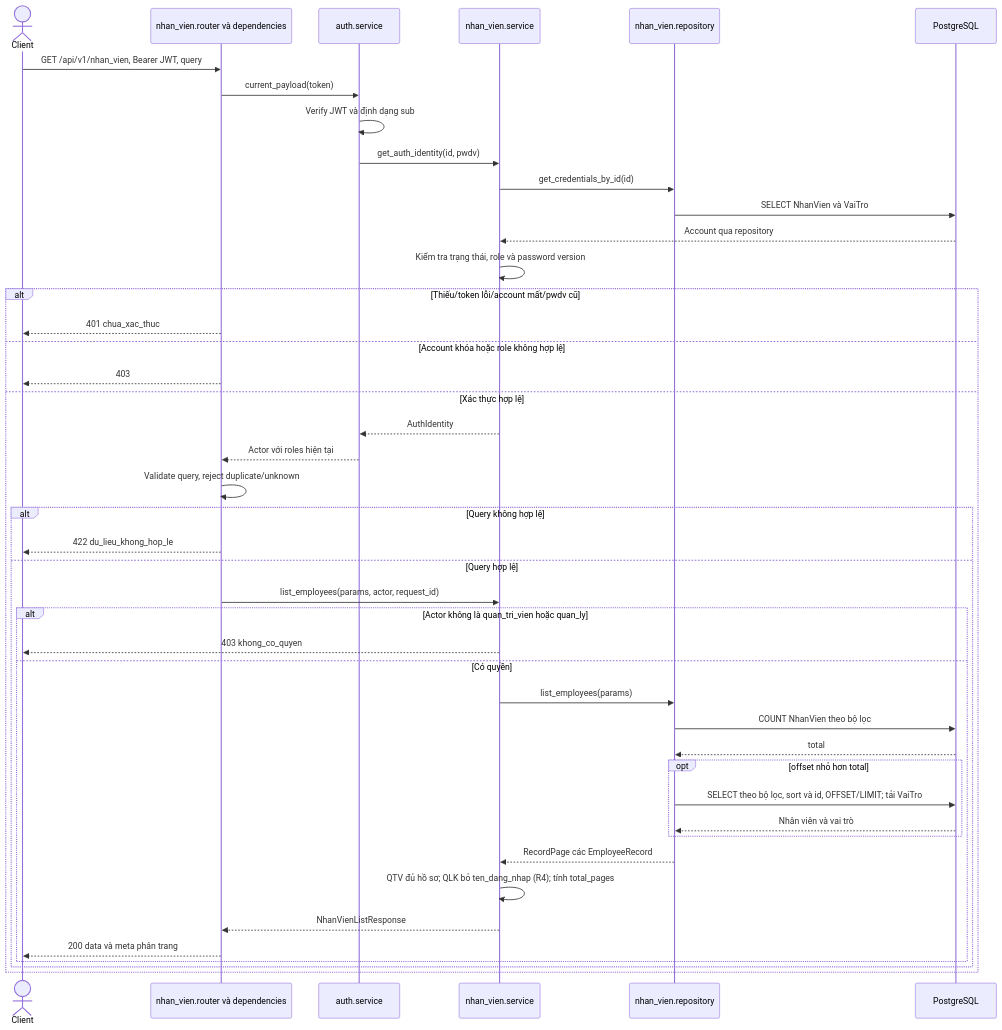
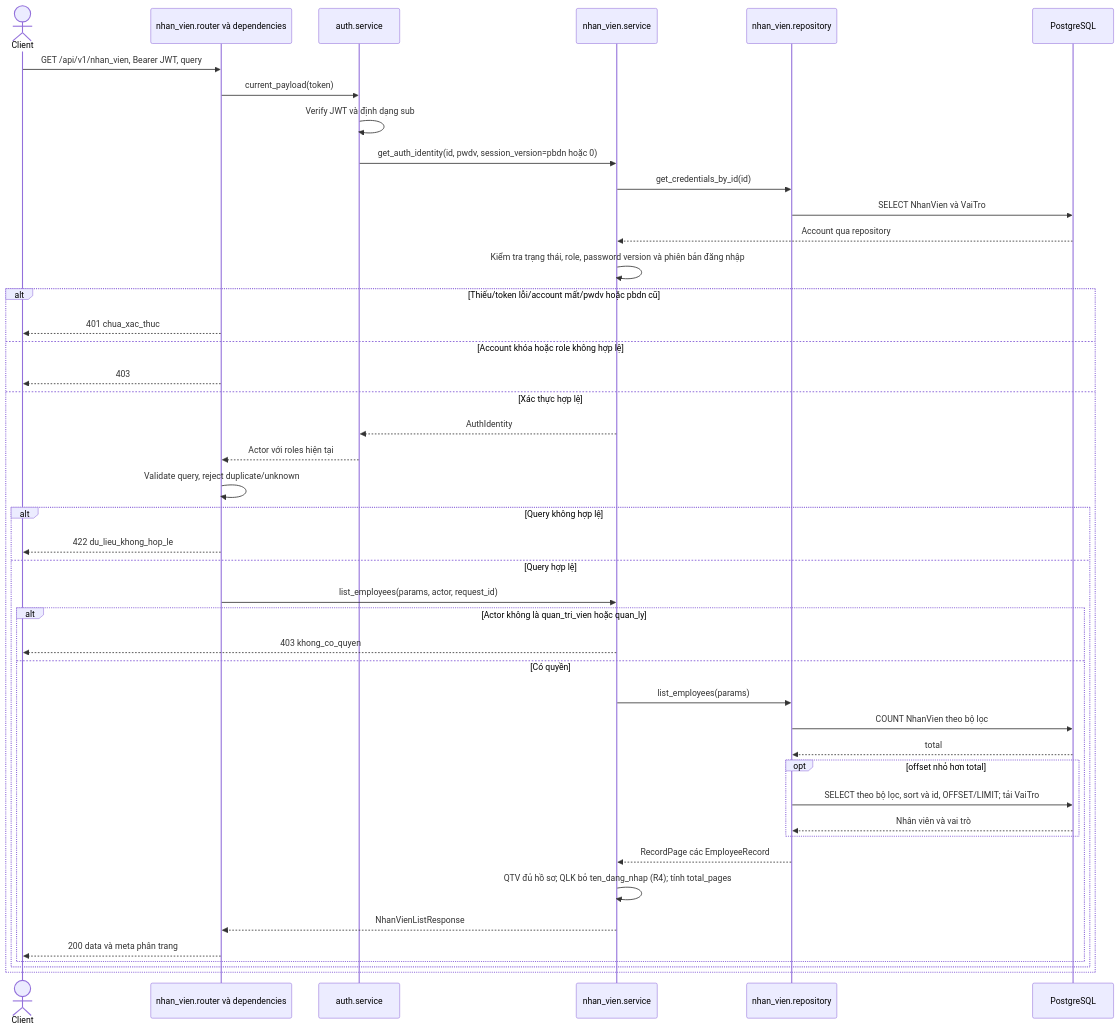
One commit to thanhklt/xbike-mrp-system changed the first of 9 diagrams in docs/sequence/nhan_vien.md. Above: the diagram before and after it, drawn with Mermaid. The commit also changed other lines of this file and 14 other files, not shown here.

First line of the commit message:
feat(UC-06): mở khóa tài khoản, lý do tùy chọn và vô hiệu phiên cũ bằng phiên bản đăng nhập

````diff
--- a/docs/sequence/nhan_vien.md
+++ b/docs/sequence/nhan_vien.md
@@ -13,46 +15,46 @@
 ```mermaid
 sequenceDiagram
     actor C as Client
     participant R as nhan_vien.router và dependencies
     participant A as auth.service
     participant N as nhan_vien.service
     participant P as nhan_vien.repository
     participant DB as PostgreSQL
     C->>R: GET /api/v1/nhan_vien, Bearer JWT, query
     R->>A: current_payload(token)
     A->>A: Verify JWT và định dạng sub
-    A->>N: get_auth_identity(id, pwdv)
+    A->>N: get_auth_identity(id, pwdv, session_version=pbdn hoặc 0)
     N->>P: get_credentials_by_id(id)
     P->>DB: SELECT NhanVien và VaiTro
     DB-->>N: Account qua repository
-    N->>N: Kiểm tra trạng thái, role và password version
-    alt Thiếu/token lỗi/account mất/pwdv cũ
+    N->>N: Kiểm tra trạng thái, role, password version và phiên bản đăng nhập
+    alt Thiếu/token lỗi/account mất/pwdv hoặc pbdn cũ
         R-->>C: 401 chua_xac_thuc
     else Account khóa hoặc role không hợp lệ
         R-->>C: 403
     else Xác thực hợp lệ
         N-->>A: AuthIdentity
         A-->>R: Actor với roles hiện tại
         R->>R: Validate query, reject duplicate/unknown
         alt Query không hợp lệ
             R-->>C: 422 du_lieu_khong_hop_le
         else Query hợp lệ
             R->>N: list_employees(params, actor, request_id)
             alt Actor không là quan_tri_vien hoặc quan_ly
                 N-->>C: 403 khong_co_quyen
             else Có quyền
                 N->>P: list_employees(params)
                 P->>DB: COUNT NhanVien theo bộ lọc
                 DB-->>P: total
                 opt offset nhỏ hơn total
                     P->>DB: SELECT theo bộ lọc, sort và id, OFFSET/LIMIT#59; tải VaiTro
                     DB-->>P: Nhân viên và vai trò
                 end
                 P-->>N: RecordPage các EmployeeRecord
                 N->>N: QTV đủ hồ sơ#59; QLK bỏ ten_dang_nhap (R4)#59; tính total_pages
                 N-->>R: NhanVienListResponse
                 R-->>C: 200 data và meta phân trang
             end
         end
     end
 ```
````
